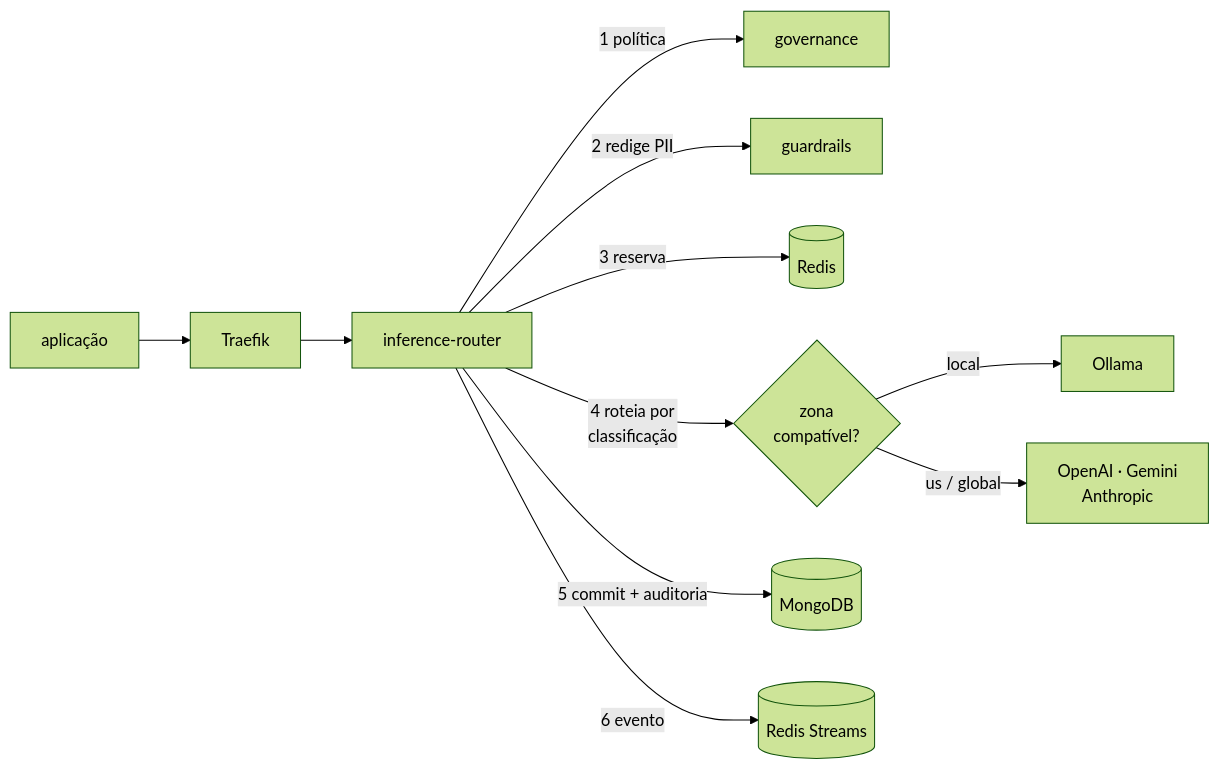
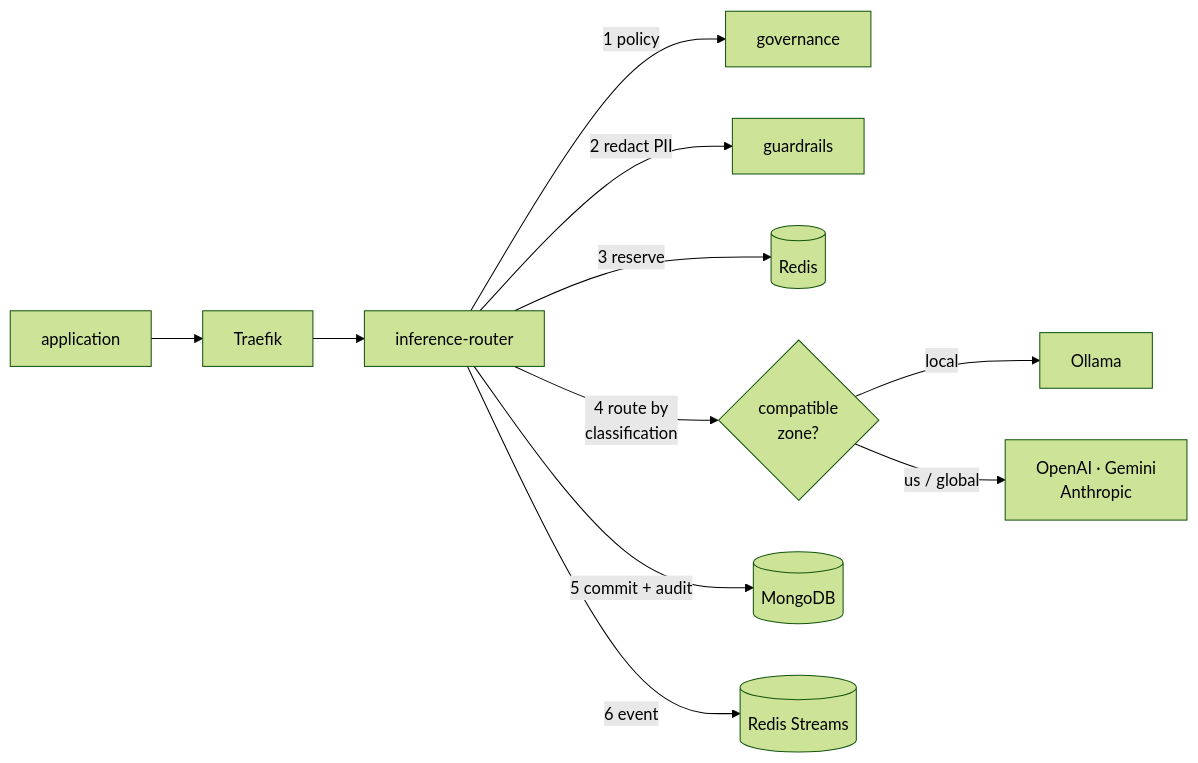
Before and after one commit to sauloleite/AIPlataform: the diagram in README.md, drawn with Mermaid (forest theme). The commit also changed other lines of this file and 132 other files, not shown here.

````diff
--- a/README.md
+++ b/README.md
@@ -73,12 +73,12 @@
 ```mermaid
 flowchart LR
-    APP["aplicação"] --> T["Traefik"] --> R["inference-router"]
-    R -->|"1 política"| G["governance"]
-    R -->|"2 redige PII"| GR["guardrails"]
-    R -->|"3 reserva"| RD[("Redis")]
-    R -->|"4 roteia por<br/>classificação"| P{"zona<br/>compatível?"}
+    APP["application"] --> T["Traefik"] --> R["inference-router"]
+    R -->|"1 policy"| G["governance"]
+    R -->|"2 redact PII"| GR["guardrails"]
+    R -->|"3 reserve"| RD[("Redis")]
+    R -->|"4 route by<br/>classification"| P{"compatible<br/>zone?"}
     P -->|"local"| OL["Ollama"]
     P -->|"us / global"| EXT["OpenAI · Gemini<br/>Anthropic"]
-    R -->|"5 commit + auditoria"| M[("MongoDB")]
-    R -->|"6 evento"| S[("Redis Streams")]
+    R -->|"5 commit + audit"| M[("MongoDB")]
+    R -->|"6 event"| S[("Redis Streams")]
 ```
````
